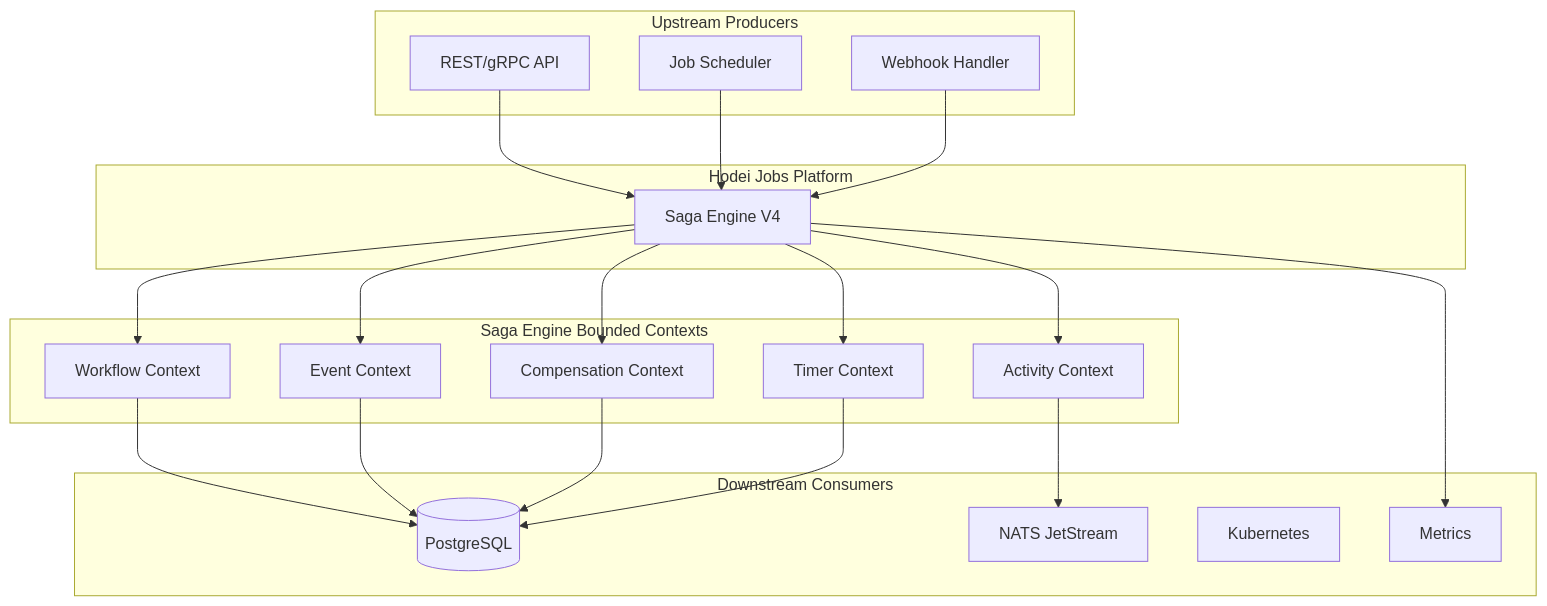
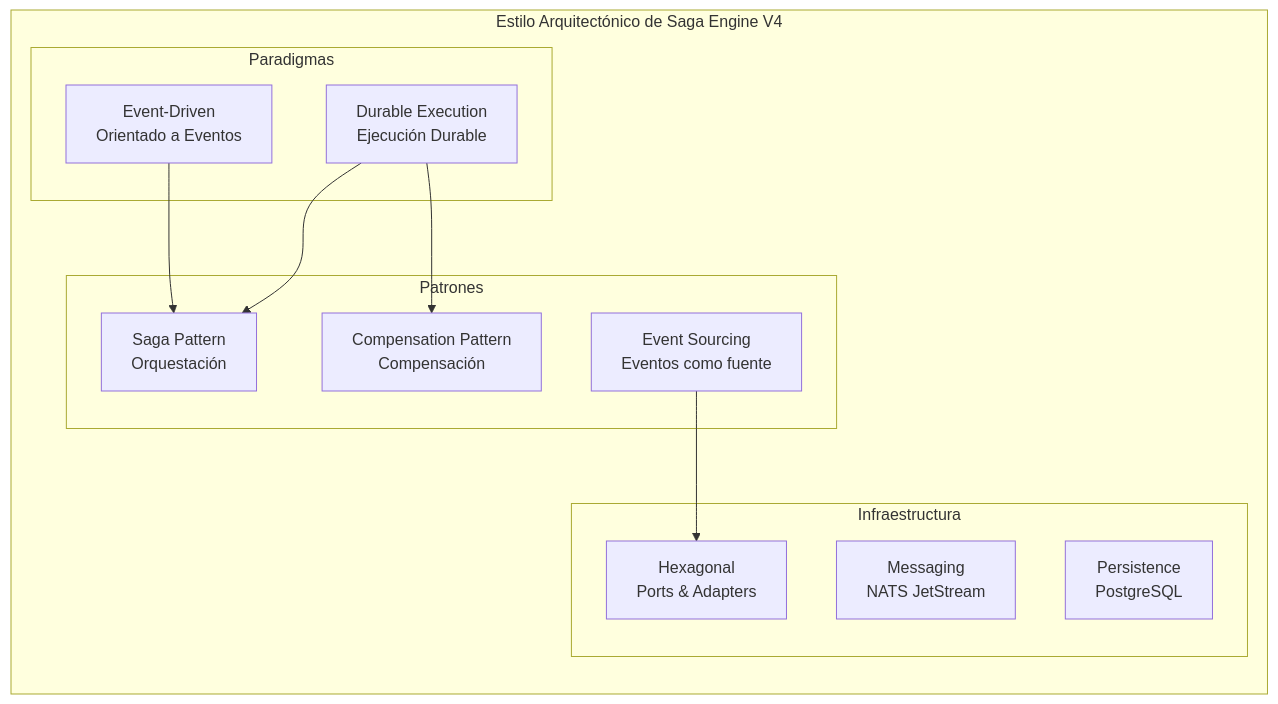
One commit to Rubentxu/hodei-jobs changed the first of 20 diagrams in docs/manuales/MANUAL_SAGA_ENGINE_ARQUITECTO.md. Above: the diagram before and after it, drawn with Mermaid. The commit also changed other lines of this file and 7 other files, not shown here.

First line of the commit message:
docs(saga-engine): enhance manuals with beginner-friendly tutorials

````diff
--- a/docs/manuales/MANUAL_SAGA_ENGINE_ARQUITECTO.md
+++ b/docs/manuales/MANUAL_SAGA_ENGINE_ARQUITECTO.md
@@ -20,45 +71,29 @@
 ```mermaid
-graph TB
-    subgraph "Hodei Jobs Platform"
-        SE[Saga Engine V4]
+flowchart TB
+    subgraph "Estilo Arquitectónico de Saga Engine V4"
+        direction TB
+        
+        subgraph "Paradigmas"
+            E[Event-Driven<br/>Orientado a Eventos]
+            D[Domain-Driven<br/>Diseño Guiado por Dominio]
+            D[Durable Execution<br/>Ejecución Durable]
+        end
+        
+        subgraph "Patrones"
+            S[Saga Pattern<br/>Orquestación]
+            ES[Event Sourcing<br/>Eventos como fuente]
+            CP[Compensation Pattern<br/>Compensación]
+        end
+        
+        subgraph "Infraestructura"
+            H[Hexagonal<br/>Ports & Adapters]
+            M[Messaging<br/>NATS JetStream]
+            P[Persistence<br/>PostgreSQL]
+        end
+        
+        E --> S
+        D --> S
+        D --> CP
+        ES --> H
     end
-    
-    subgraph "Upstream Producers"
-        API[REST/gRPC API]
-        Scheduler[Job Scheduler]
-        Webhook[Webhook Handler]
-    end
-    
-    subgraph "Saga Engine Bounded Contexts"
-        WC[Workflow Context]
-        AC[Activity Context]
-        EC[Event Context]
-        CC[Compensation Context]
-        TC[Timer Context]
-    end
-    
-    subgraph "Downstream Consumers"
-        PG[(PostgreSQL)]
-        NS[NATS JetStream]
-        K8S[Kubernetes]
-        StatsD[Metrics]
-    end
-    
-    API --> SE
-    Scheduler --> SE
-    Webhook --> SE
-    
-    SE --> WC
-    SE --> AC
-    SE --> EC
-    SE --> CC
-    SE --> TC
-    
-    WC --> PG
-    AC --> NS
-    EC --> PG
-    CC --> PG
-    TC --> PG
-    
-    SE --> StatsD
 ```
````
